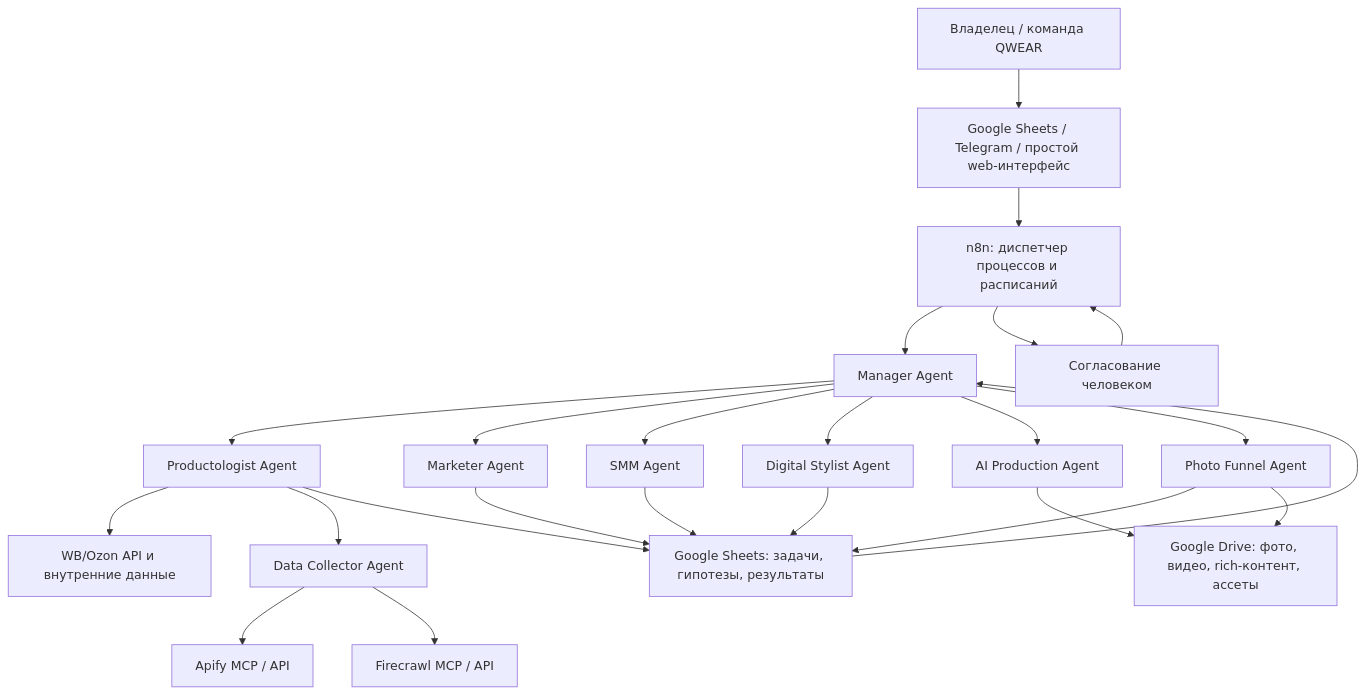
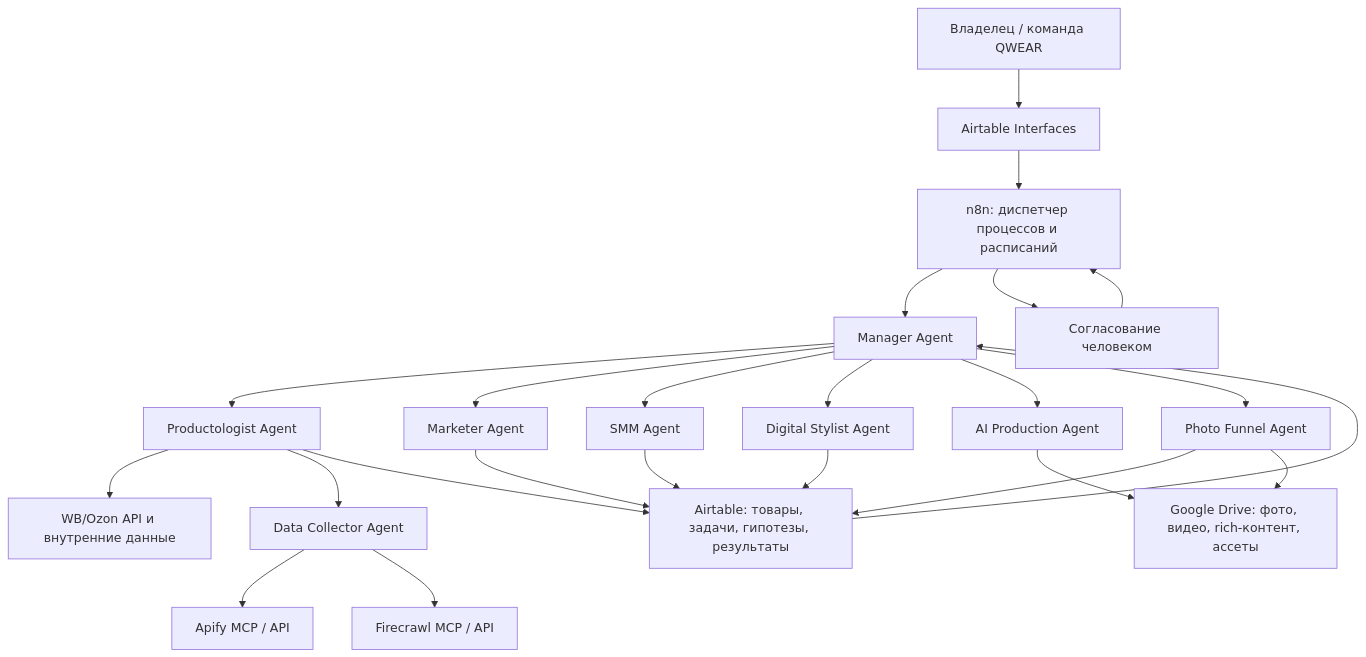
Before and after one commit to aiqassist-cell/marketplace-ai-operating-system: the diagram in docs/virtual-office-technical-architecture.md, drawn with Mermaid. The commit also changed other lines of this file and 11 other files, not shown here.

Commit message:
Design Airtable virtual office MVP

````diff
--- a/docs/virtual-office-technical-architecture.md
+++ b/docs/virtual-office-technical-architecture.md
@@ -33,31 +33,31 @@
 ```mermaid
 flowchart TD
-    U["Владелец / команда QWEAR"] --> UI["Google Sheets / Telegram / простой web-интерфейс"]
+    U["Владелец / команда QWEAR"] --> UI["Airtable Interfaces"]
     UI --> ORCH["n8n: диспетчер процессов и расписаний"]
 
     ORCH --> MGR["Manager Agent"]
     MGR --> PROD["Productologist Agent"]
     MGR --> MKT["Marketer Agent"]
     MGR --> SMM["SMM Agent"]
     MGR --> STYLE["Digital Stylist Agent"]
     MGR --> AIP["AI Production Agent"]
     MGR --> PHOTO["Photo Funnel Agent"]
 
     PROD --> INTERNAL["WB/Ozon API и внутренние данные"]
     PROD --> COLLECT["Data Collector Agent"]
     COLLECT --> APIFY["Apify MCP / API"]
     COLLECT --> FIRE["Firecrawl MCP / API"]
 
-    MKT --> SHEETS["Google Sheets: задачи, гипотезы, результаты"]
-    SMM --> SHEETS
-    STYLE --> SHEETS
-    PHOTO --> SHEETS
-    PROD --> SHEETS
+    MKT --> OFFICE["Airtable: товары, задачи, гипотезы, результаты"]
+    SMM --> OFFICE
+    STYLE --> OFFICE
+    PHOTO --> OFFICE
+    PROD --> OFFICE
 
     AIP --> DRIVE["Google Drive: фото, видео, rich-контент, ассеты"]
     PHOTO --> DRIVE
-    SHEETS --> MGR
+    OFFICE --> MGR
 
     ORCH --> APPROVAL["Согласование человеком"]
     APPROVAL --> ORCH
 ```
````
